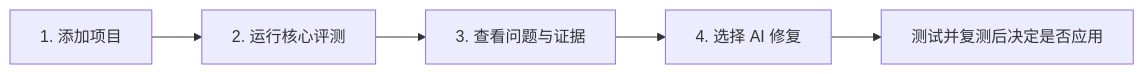
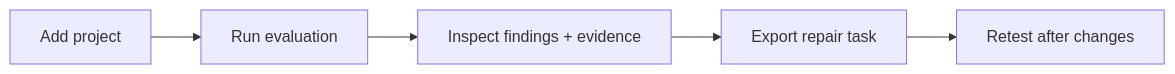
Before and after one commit to chusday97/evalpilot-local: the second of 3 diagrams in README.md, drawn with Mermaid. The commit also changed other lines of this file, not shown here.

````diff
--- a/README.md
+++ b/README.md
@@ -25,7 +74,7 @@
 ```mermaid
 flowchart LR
-  A["1. 添加项目"] --> B["2. 运行核心评测"]
-  B --> C["3. 查看问题与证据"]
-  C --> D["4. 选择 AI 修复"]
-  D --> E["测试并复测后决定是否应用"]
+  A[Add project] --> B[Run evaluation]
+  B --> C[Inspect findings + evidence]
+  C --> D[Export repair task]
+  D --> E[Retest after changes]
 ```
````
